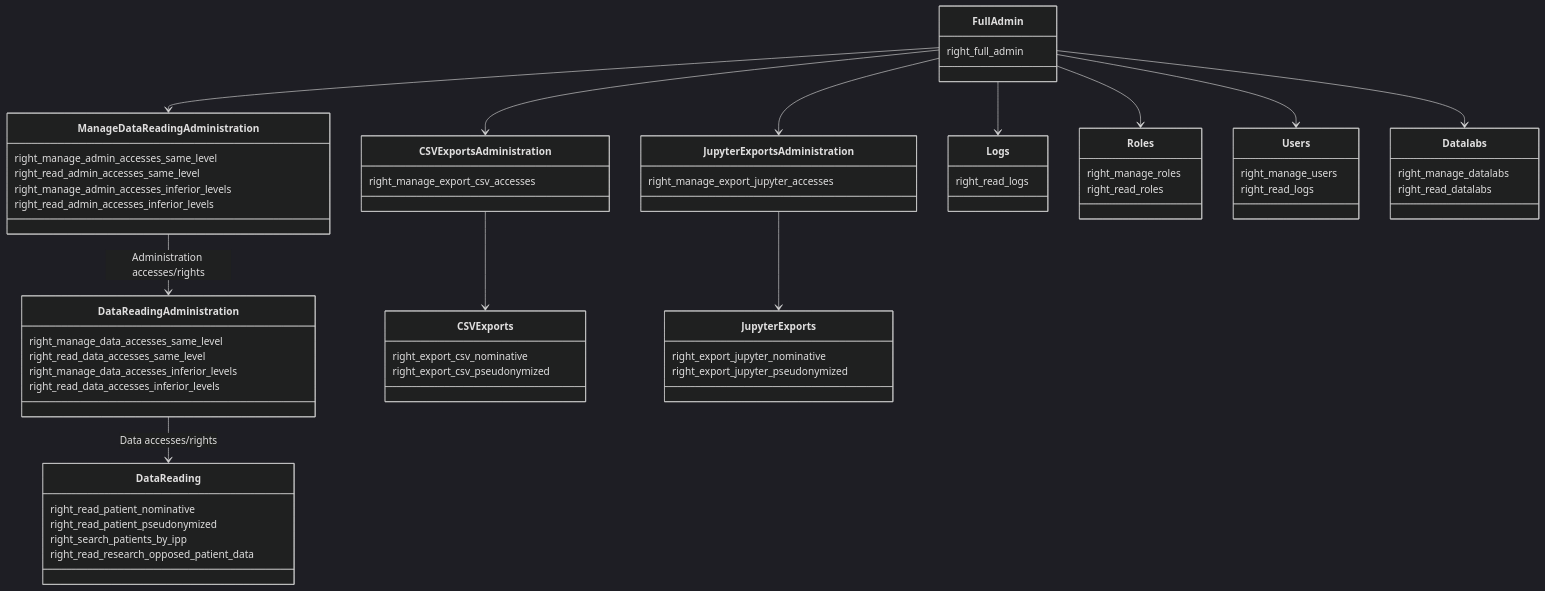
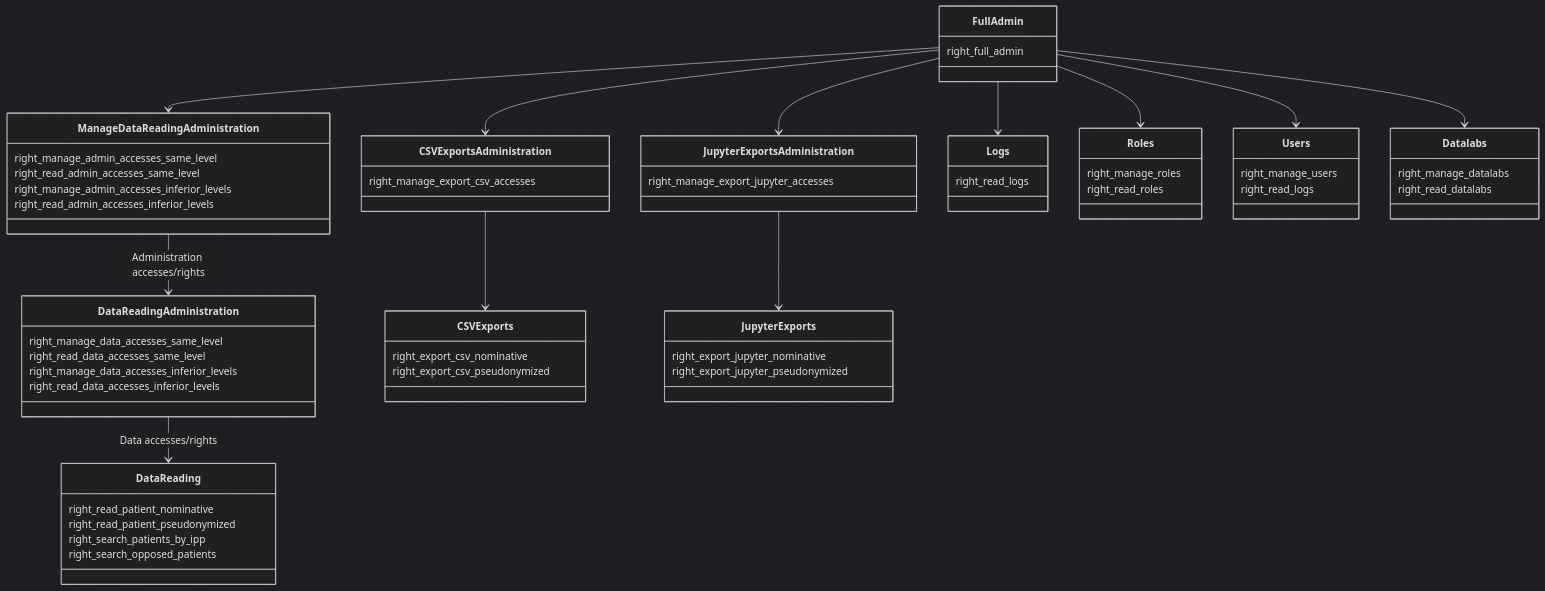
The first of 17 diagrams in accesses/rights_schema.md (aphp/Cohort360-Back-end), drawn with Mermaid (dark theme) before and after one commit. The commit also changed other lines of this file and 12 other files, not shown here.

````diff
--- a/accesses/rights_schema.md
+++ b/accesses/rights_schema.md
@@ -1,69 +1,69 @@
 ```mermaid
 classDiagram
 class FullAdmin {
   right_full_admin
 }
 class ManageDataReadingAdministration {
   right_manage_admin_accesses_same_level
   right_read_admin_accesses_same_level
   right_manage_admin_accesses_inferior_levels
   right_read_admin_accesses_inferior_levels
 }
 class DataReadingAdministration {
   right_manage_data_accesses_same_level
   right_read_data_accesses_same_level
   right_manage_data_accesses_inferior_levels
   right_read_data_accesses_inferior_levels
 }
 class DataReading {
   right_read_patient_nominative
   right_read_patient_pseudonymized
   right_search_patients_by_ipp
-  right_read_research_opposed_patient_data
+  right_search_opposed_patients
 }
 class CSVExportsAdministration {
   right_manage_export_csv_accesses
 }
 class JupyterExportsAdministration {
   right_manage_export_jupyter_accesses
 }
 class CSVExports {
   right_export_csv_nominative
   right_export_csv_pseudonymized
 }
 class JupyterExports {
   right_export_jupyter_nominative
   right_export_jupyter_pseudonymized
 }
 class Logs {
   right_read_logs
 }
 class Roles {
   right_manage_roles
   right_read_roles
 }
 class Users {
   right_manage_users
   right_read_logs
 }
 class Datalabs {
   right_manage_datalabs
   right_read_datalabs
 }
 
 FullAdmin --> ManageDataReadingAdministration
 ManageDataReadingAdministration --> DataReadingAdministration : Administration accesses/rights
 DataReadingAdministration --> DataReading : Data accesses/rights
 FullAdmin --> CSVExportsAdministration
 FullAdmin --> JupyterExportsAdministration
 FullAdmin --> Logs
 FullAdmin --> Roles
 FullAdmin --> Users
 FullAdmin --> Datalabs
 CSVExportsAdministration-->CSVExports
 JupyterExportsAdministration-->JupyterExports
 Logs
 Roles
 Users
 Datalabs
 ```
````
